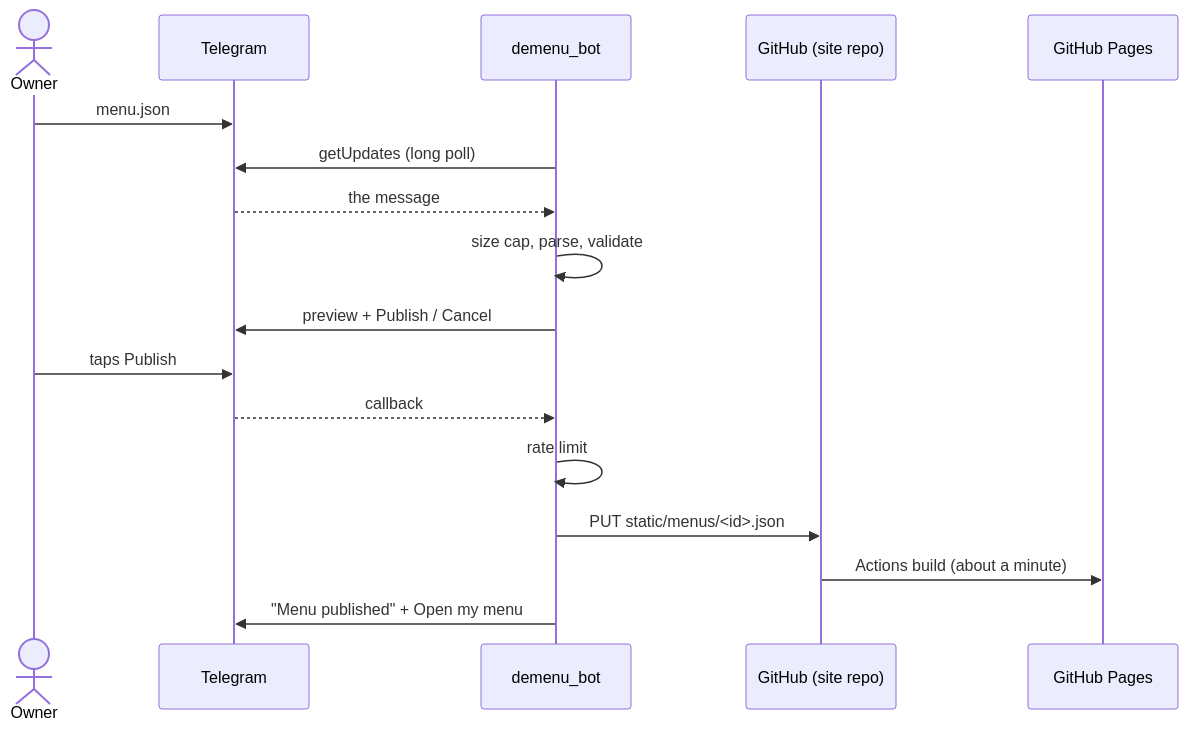
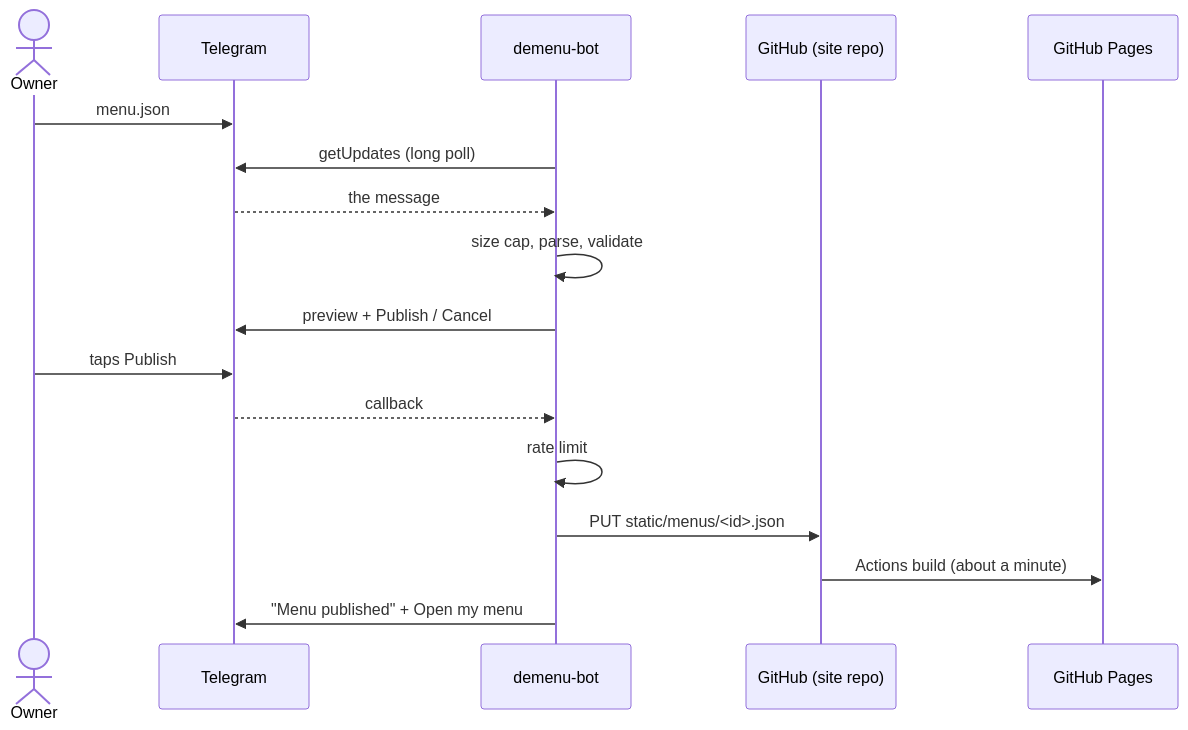
Before and after one commit to luis-serrano-l/decarta-bot: the diagram in docs/explanation/design.md, drawn with Mermaid. The commit also changed 25 other files, not shown here.

First line of the commit message:
chore: rename project from demenu_bot to demenu-bot

````diff
--- a/docs/explanation/design.md
+++ b/docs/explanation/design.md
@@ -13,19 +13,19 @@
 ```mermaid
 sequenceDiagram
     actor O as Owner
     participant T as Telegram
-    participant B as demenu_bot
+    participant B as demenu-bot
     participant G as GitHub (site repo)
     participant P as GitHub Pages
     O->>T: menu.json
     B->>T: getUpdates (long poll)
     T-->>B: the message
     B->>B: size cap, parse, validate
     B->>T: preview + Publish / Cancel
     O->>T: taps Publish
     T-->>B: callback
     B->>B: rate limit
     B->>G: PUT static/menus/<id>.json
     G->>P: Actions build (about a minute)
     B->>T: "Menu published" + Open my menu
 ```
````
